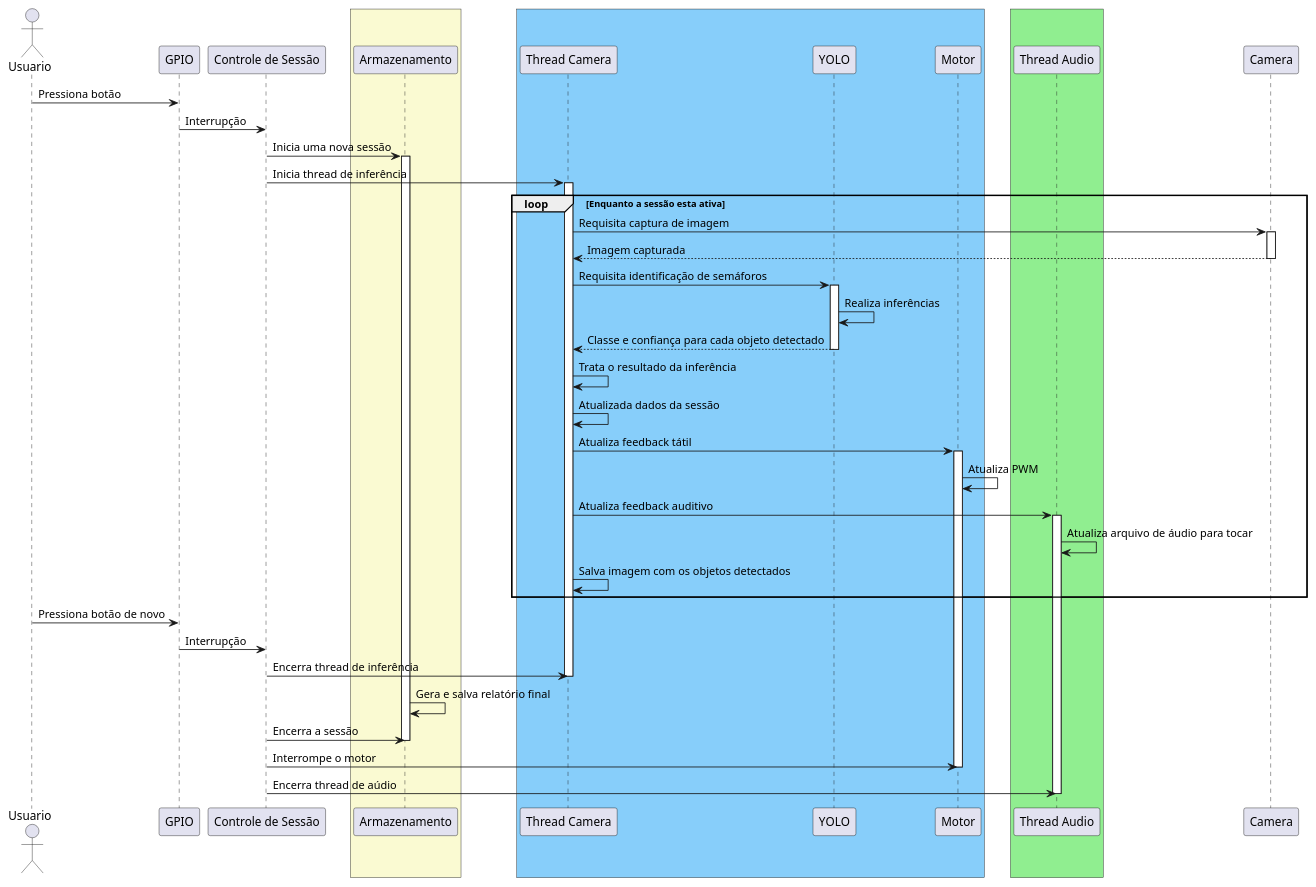
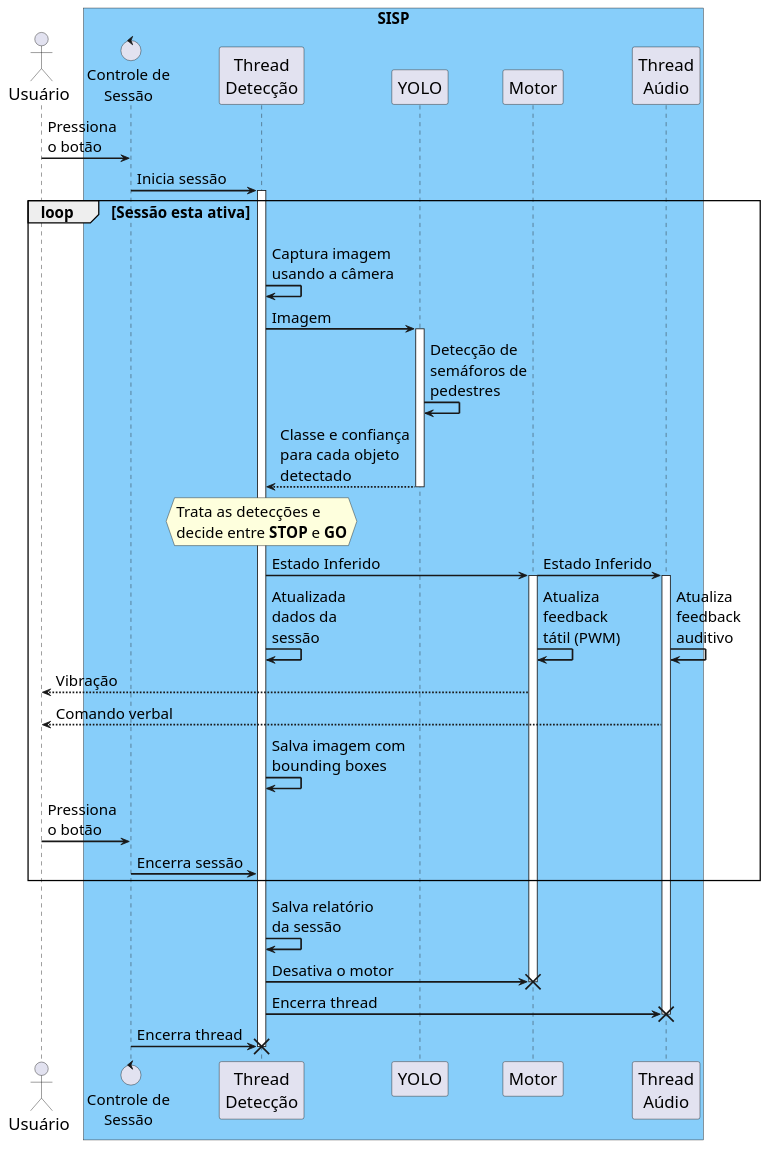
The diagram in SISP/doc/SISP_Diagramas/DiagramaSequenciaSISP.plantuml (VictorHPN/SISP), drawn with PlantUML before and after one commit. The commit also changed 1 other file, not shown here.

Commit message:
Melhorando diagrama de sequência do SISP

```diff
--- a/SISP/doc/SISP_Diagramas/DiagramaSequenciaSISP.plantuml
+++ b/SISP/doc/SISP_Diagramas/DiagramaSequenciaSISP.plantuml
@@ -1,75 +1,56 @@
 @startuml
-actor Usuario
-participant GPIO
-participant "Controle de Sessão" as ToggleSession
+skinparam SequenceArrowThickness 2
+skinparam DefaultFontSize 18
+skinparam ParticipantFontSize 20
+skinparam ActorFontSize 20
+skinparam NoteFontAlignment center
 
-box #LightGoldenRodYellow
-    participant Armazenamento
+!pragma teoz true
+
+actor "Usuário" as USER
+
+box "SISP" #LightSkyBlue
+    control "Controle de\nSessão" as CTRLS
+    participant "Thread\nDetecção" as TDETECT
+    participant YOLO
+    participant "Motor" as MT
+    participant "Thread\nAúdio" as TAUD
 end box
 
-box #LightSkyBlue
-    participant "Thread Camera" as ThreadCamera
-    participant YOLO
-    participant Motor
-end box
+USER -> CTRLS : Pressiona\no botão
+CTRLS -> TDETECT ++: Inicia sessão  
 
-box #LightGreen
-    participant "Thread Audio" as ThreadAudio
-end box
+loop Sessão esta ativa
 
-participant Camera
+    TDETECT -> TDETECT : Captura imagem\nusando a câmera
 
-Usuario -> GPIO : Pressiona botão
-GPIO ->  ToggleSession: Interrupção
-
-ToggleSession-> Armazenamento : Inicia uma nova sessão
-activate Armazenamento
-
-ToggleSession-> ThreadCamera : Inicia thread de inferência
-activate ThreadCamera
-
-loop Enquanto a sessão esta ativa
-
-    ThreadCamera -> Camera : Requisita captura de imagem
-    activate Camera
-        ThreadCamera <-- Camera : Imagem capturada
-    deactivate Camera
-
-    ThreadCamera -> YOLO : Requisita identificação de semáforos
-    activate YOLO
-    YOLO -> YOLO : Realiza inferências
-    YOLO --> ThreadCamera : Classe e confiança para cada objeto detectado
+    TDETECT -> YOLO ++: Imagem
+    YOLO -> YOLO : Detecção de\nsemáforos de\npedestres
+    YOLO --> TDETECT : Classe e confiança\npara cada objeto\ndetectado
     deactivate YOLO
 
-    ThreadCamera -> ThreadCamera : Trata o resultado da inferência
-    ThreadCamera -> ThreadCamera : Atualizada dados da sessão
-
-    ThreadCamera -> Motor : Atualiza feedback tátil
-    activate Motor
-    Motor -> Motor : Atualiza PWM
-
-    ThreadCamera -> ThreadAudio : Atualiza feedback auditivo
-    activate ThreadAudio
-    ThreadAudio -> ThreadAudio : Atualiza arquivo de áudio para tocar
+    hnote over TDETECT : Trata as detecções e\ndecide entre **STOP** e **GO**
 
 
-    ThreadCamera -> ThreadCamera : Salva imagem com os objetos detectados 
+    TDETECT -> MT ++: Estado Inferido
+    & MT -> TAUD ++: Estado Inferido
+
+    MT -> MT: Atualiza\nfeedback\ntátil (PWM)
+    & TAUD -> TAUD : Atualiza\nfeedback\nauditivo
+    & TDETECT -> TDETECT : Atualizada\ndados da\nsessão
+
+    MT --> USER: Vibração
+    TAUD --> USER: Comando verbal
+    TDETECT -> TDETECT : Salva imagem com\nbounding boxes
+
+    USER -> CTRLS : Pressiona\no botão
+    CTRLS -> TDETECT: Encerra sessão
 end
 
-Usuario -> GPIO : Pressiona botão de novo
-GPIO -> ToggleSession: Interrupção
+TDETECT -> TDETECT : Salva relatório\nda sessão
 
-ToggleSession -> ThreadCamera : Encerra thread de inferência
-deactivate ThreadCamera
-
-Armazenamento -> Armazenamento : Gera e salva relatório final
-ToggleSession -> Armazenamento : Encerra a sessão
-deactivate Armazenamento
-
-ToggleSession -> Motor : Interrompe o motor
-deactivate Motor
-
-ToggleSession -> ThreadAudio : Encerra thread de aúdio
-deactivate ThreadAudio
+TDETECT -> MT !!: Desativa o motor
+TDETECT -> TAUD !!: Encerra thread
+CTRLS -> TDETECT !!: Encerra thread
 
 @enduml
```
